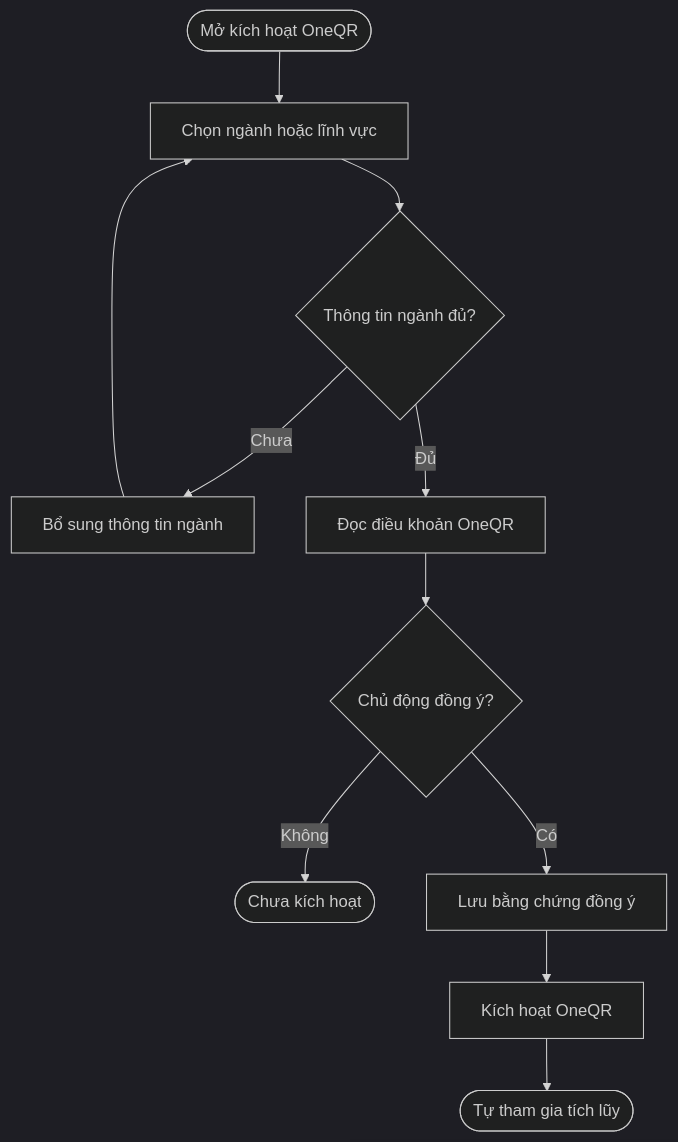
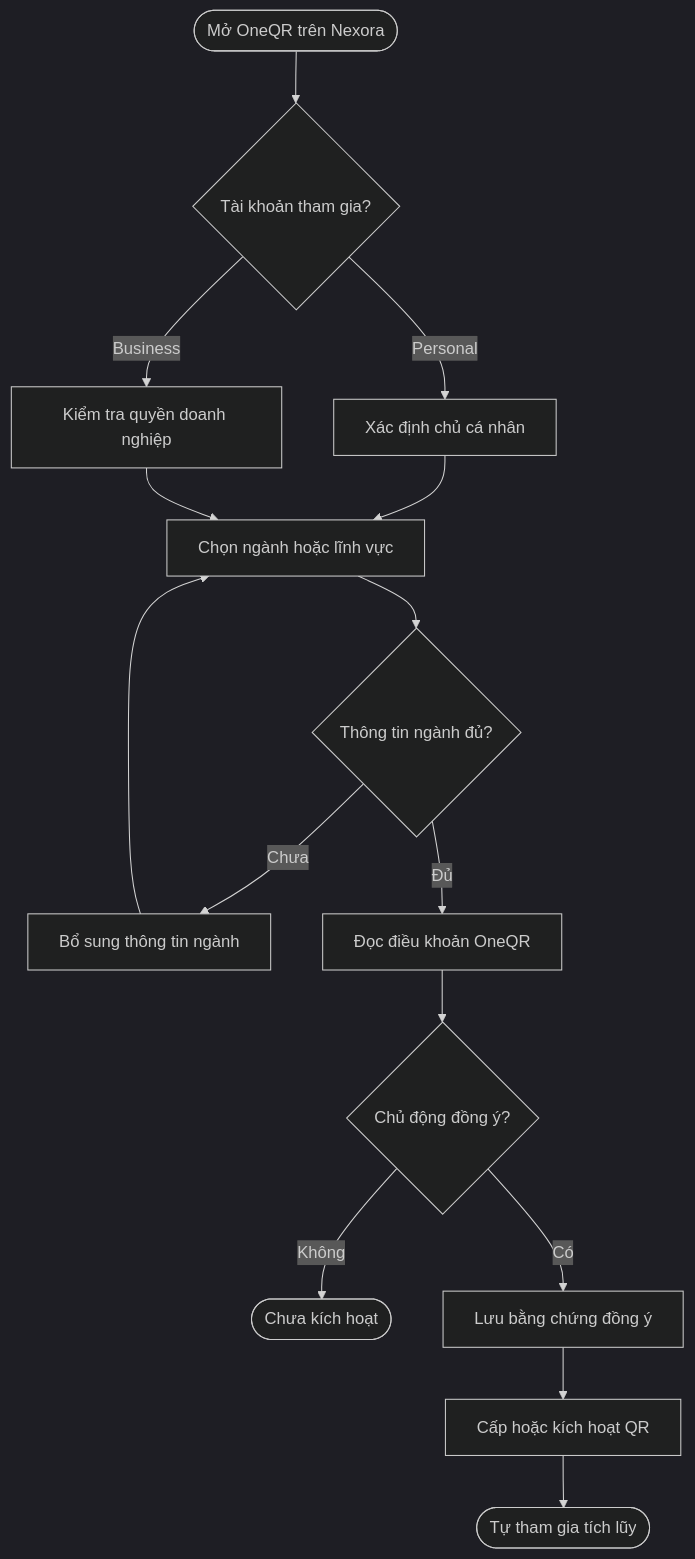
One commit to vlink-group/VlinkPay changed the first of 13 diagrams in nexora/docs/business/business-oneqr-earnings.md. Above: the diagram before and after it, drawn with Mermaid (dark theme). The commit also changed other lines of this file and 5 other files, not shown here.

````diff
--- a/nexora/docs/business/business-oneqr-earnings.md
+++ b/nexora/docs/business/business-oneqr-earnings.md
@@ -89,13 +97,17 @@
 ```mermaid
 flowchart TD
-    A([Mở kích hoạt OneQR]) --> B[Chọn ngành hoặc lĩnh vực]
+    A([Mở OneQR trên Nexora]) --> A1{Tài khoản tham gia?}
+    A1 -- Personal --> A2[Xác định chủ cá nhân]
+    A1 -- Business --> A3[Kiểm tra quyền doanh nghiệp]
+    A2 --> B[Chọn ngành hoặc lĩnh vực]
+    A3 --> B
     B --> C{Thông tin ngành đủ?}
     C -- Chưa --> D[Bổ sung thông tin ngành]
     D --> B
     C -- Đủ --> E[Đọc điều khoản OneQR]
     E --> F{Chủ động đồng ý?}
     F -- Không --> G([Chưa kích hoạt])
     F -- Có --> H[Lưu bằng chứng đồng ý]
-    H --> I[Kích hoạt OneQR]
+    H --> I[Cấp hoặc kích hoạt QR]
     I --> J([Tự tham gia tích lũy])
 ```
````
